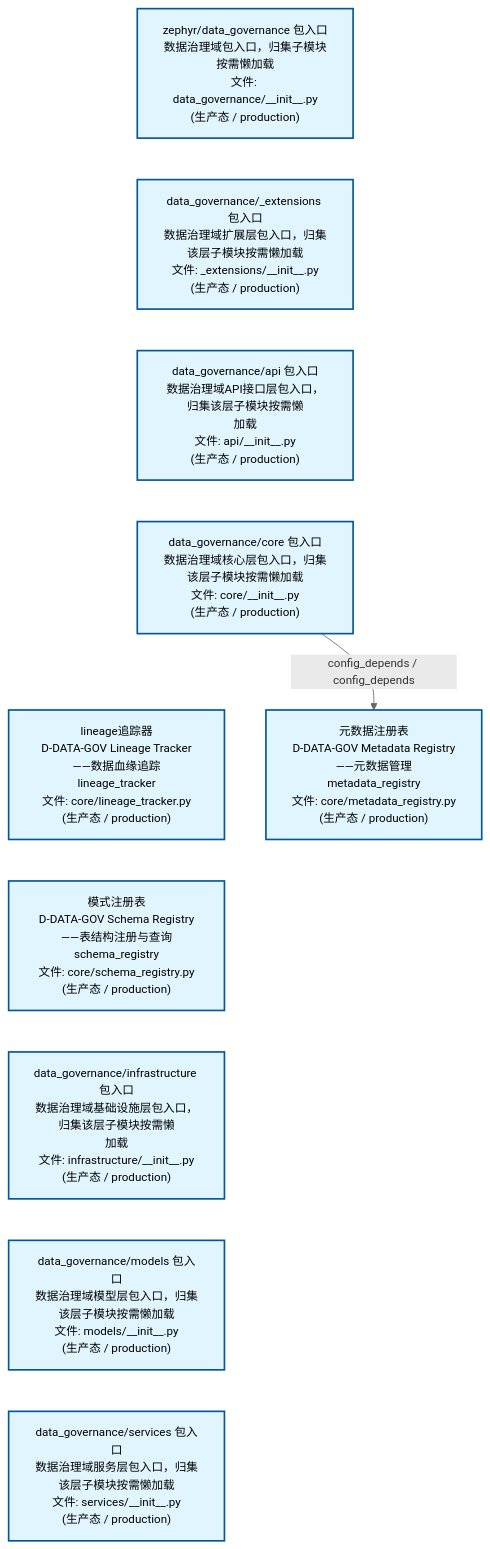
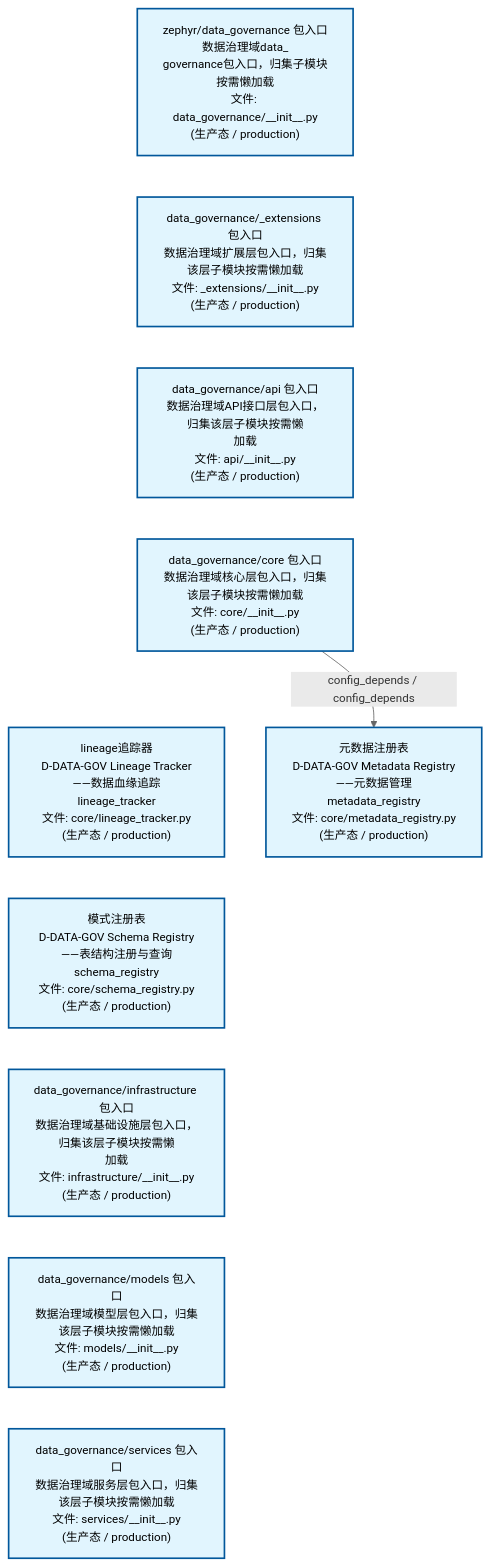
Before and after one commit to xuanFelixVan/ZephyrAlpha: the second of 2 diagrams in docs/02_enterprise_architecture/02_domain_architecture_docs/13_d_data_gov.md, drawn with Mermaid. The commit also changed other lines of this file and 60 other files, not shown here.

````diff
--- a/docs/02_enterprise_architecture/02_domain_architecture_docs/13_d_data_gov.md
+++ b/docs/02_enterprise_architecture/02_domain_architecture_docs/13_d_data_gov.md
@@ -86,28 +86,28 @@
 ```mermaid
 %%{init: {'theme': 'base', 'themeVariables': {'primaryColor': '#eaeaea', 'primaryTextColor': '#333333', 'primaryBorderColor': '#666666', 'lineColor': '#666666', 'secondaryColor': '#eaeaea', 'tertiaryColor': '#eaeaea', 'fontSize': '14px'}}}%%
 flowchart TD
-    src_zephyr_data_governance_init_py["zephyr/data_governance 包入口<br/>数据治理域包入口，归集子模块按需懒加载<br/>文件: data_governance/__init__.py<br/>(生产态 / production)"]
+    src_zephyr_data_governance_init_py["zephyr/data_governance 包入口<br/>数据治理域data_<br/>governance包入口，归集子模块按需懒加载<br/>文件: data_governance/__init__.py<br/>(生产态 / production)"]
     src_zephyr_data_governance_extensions_init_py["data_governance/_extensions 包入口<br/>数据治理域扩展层包入口，归集该层子模块按需懒加载<br/>文件: _extensions/__init__.py<br/>(生产态 / production)"]
     src_zephyr_data_governance_api_init_py["data_governance/api 包入口<br/>数据治理域API接口层包入口，归集该层子模块按需懒<br/>加载<br/>文件: api/__init__.py<br/>(生产态 / production)"]
     src_zephyr_data_governance_core_init_py["data_governance/core 包入口<br/>数据治理域核心层包入口，归集该层子模块按需懒加载<br/>文件: core/__init__.py<br/>(生产态 / production)"]
     src_zephyr_data_governance_core_lineage_tracker_py["lineage追踪器<br/>D-DATA-GOV Lineage Tracker——数据血缘追踪<br/>lineage_tracker<br/>文件: core/lineage_tracker.py<br/>(生产态 / production)"]
     src_zephyr_data_governance_core_schema_registry_py["模式注册表<br/>D-DATA-GOV Schema Registry——表结构注册与查询<br/>schema_registry<br/>文件: core/schema_registry.py<br/>(生产态 / production)"]
     src_zephyr_data_governance_infrastructure_init_py["data_governance/infrastructure 包入口<br/>数据治理域基础设施层包入口，归集该层子模块按需懒<br/>加载<br/>文件: infrastructure/__init__.py<br/>(生产态 / production)"]
     src_zephyr_data_governance_models_init_py["data_governance/models 包入口<br/>数据治理域模型层包入口，归集该层子模块按需懒加载<br/>文件: models/__init__.py<br/>(生产态 / production)"]
     src_zephyr_data_governance_services_init_py["data_governance/services 包入口<br/>数据治理域服务层包入口，归集该层子模块按需懒加载<br/>文件: services/__init__.py<br/>(生产态 / production)"]
     src_zephyr_data_governance_init_py ~~~ src_zephyr_data_governance_extensions_init_py
     src_zephyr_data_governance_extensions_init_py ~~~ src_zephyr_data_governance_api_init_py
     src_zephyr_data_governance_api_init_py ~~~ src_zephyr_data_governance_core_init_py
     src_zephyr_data_governance_core_init_py ~~~ src_zephyr_data_governance_core_lineage_tracker_py
     src_zephyr_data_governance_core_lineage_tracker_py ~~~ src_zephyr_data_governance_core_schema_registry_py
     src_zephyr_data_governance_core_schema_registry_py ~~~ src_zephyr_data_governance_infrastructure_init_py
     src_zephyr_data_governance_infrastructure_init_py ~~~ src_zephyr_data_governance_models_init_py
     src_zephyr_data_governance_models_init_py ~~~ src_zephyr_data_governance_services_init_py
     src_zephyr_data_governance_core_metadata_registry_py["元数据注册表<br/>D-DATA-GOV Metadata Registry——元数据管理<br/>metadata_registry<br/>文件: core/metadata_registry.py<br/>(生产态 / production)"]
     src_zephyr_data_governance_core_init_py -->|config_depends / config_depends| src_zephyr_data_governance_core_metadata_registry_py
     classDef production fill:#e1f5fe,stroke:#01579b,stroke-width:2px,color:#000
     classDef design fill:#fff3e0,stroke:#e65100,stroke-width:2px,color:#000,stroke-dasharray: 5 5
     classDef external_prod fill:#e8f4fd,stroke:#0277bd,stroke-width:1px,color:#000
     classDef external_design fill:#fff8e7,stroke:#ef6c00,stroke-width:1px,color:#000,stroke-dasharray: 5 5
     class src_zephyr_data_governance_init_py,src_zephyr_data_governance_extensions_init_py,src_zephyr_data_governance_api_init_py,src_zephyr_data_governance_core_init_py,src_zephyr_data_governance_core_lineage_tracker_py,src_zephyr_data_governance_core_metadata_registry_py,src_zephyr_data_governance_core_schema_registry_py,src_zephyr_data_governance_infrastructure_init_py,src_zephyr_data_governance_models_init_py,src_zephyr_data_governance_services_init_py production
 ```
````
